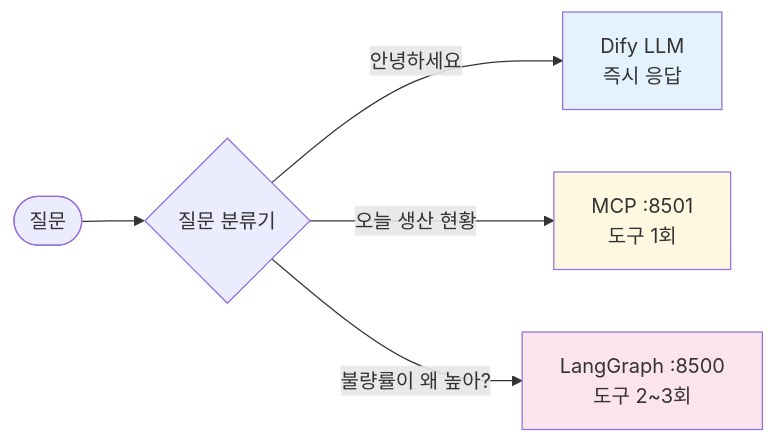
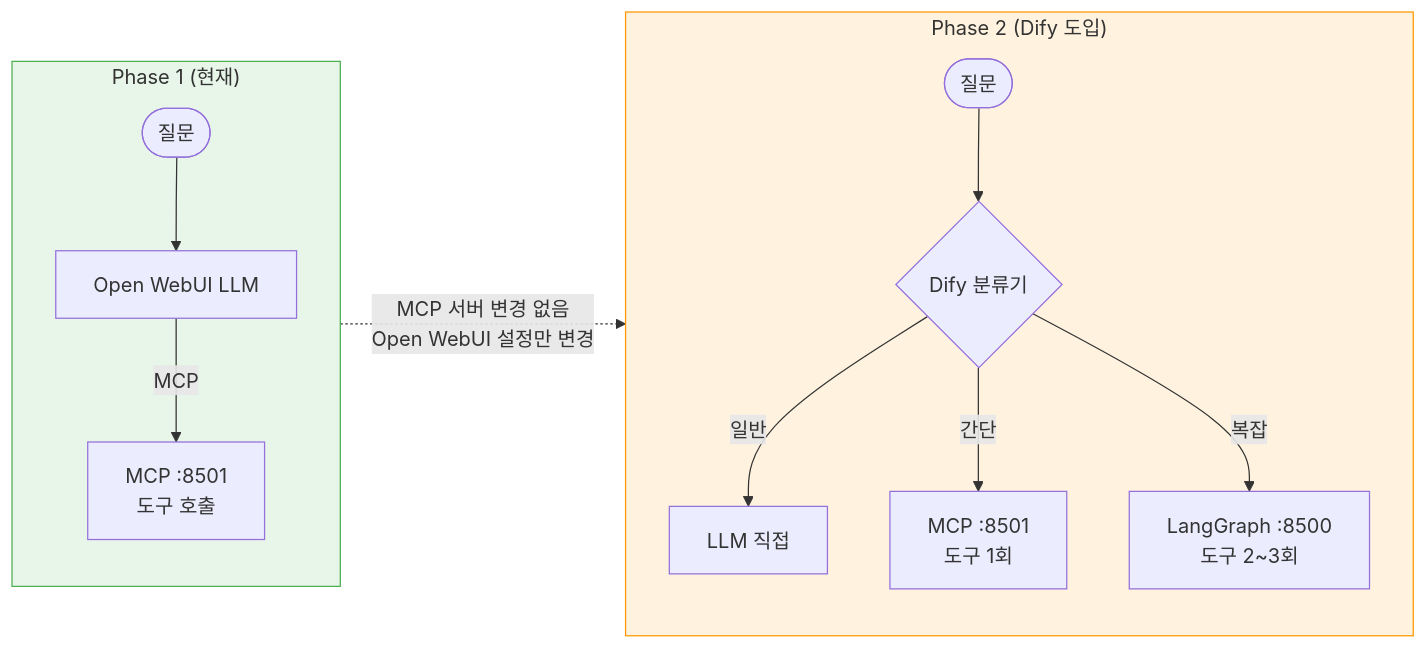
One commit to donchoru/factory-ai changed the third of 3 diagrams in README.md. Above: the diagram before and after it, drawn with Mermaid. The commit also changed other lines of this file, not shown here.

First line of the commit message:
docs: Phase 1/Phase 2 마이그레이션 전략 반영

````diff
--- a/README.md
+++ b/README.md
@@ -201,11 +278,19 @@
 ```mermaid
 flowchart LR
-    Q([질문]) --> C{질문 분류기}
-    C -->|"안녕하세요"| A["Dify LLM\n즉시 응답"]
-    C -->|"오늘 생산 현황"| B["MCP :8501\n도구 1회"]
-    C -->|"불량률이 왜 높아?"| D["LangGraph :8500\n도구 2~3회"]
+    subgraph Phase1["Phase 1 (현재)"]
+        Q1([질문]) --> OWUI1["Open WebUI LLM"]
+        OWUI1 -->|MCP| MCP1["MCP :8501\n도구 호출"]
+    end
 
-    style A fill:#e3f2fd
-    style B fill:#fff8e1
-    style D fill:#fce4ec
+    subgraph Phase2["Phase 2 (Dify 도입)"]
+        Q2([질문]) --> C{Dify 분류기}
+        C -->|일반| A2["LLM 직접"]
+        C -->|간단| MCP2["MCP :8501\n도구 1회"]
+        C -->|복잡| LG2["LangGraph :8500\n도구 2~3회"]
+    end
+
+    Phase1 -.->|"MCP 서버 변경 없음\nOpen WebUI 설정만 변경"| Phase2
+
+    style Phase1 fill:#e8f5e9,stroke:#4CAF50
+    style Phase2 fill:#fff3e0,stroke:#FF9800
 ```
````
